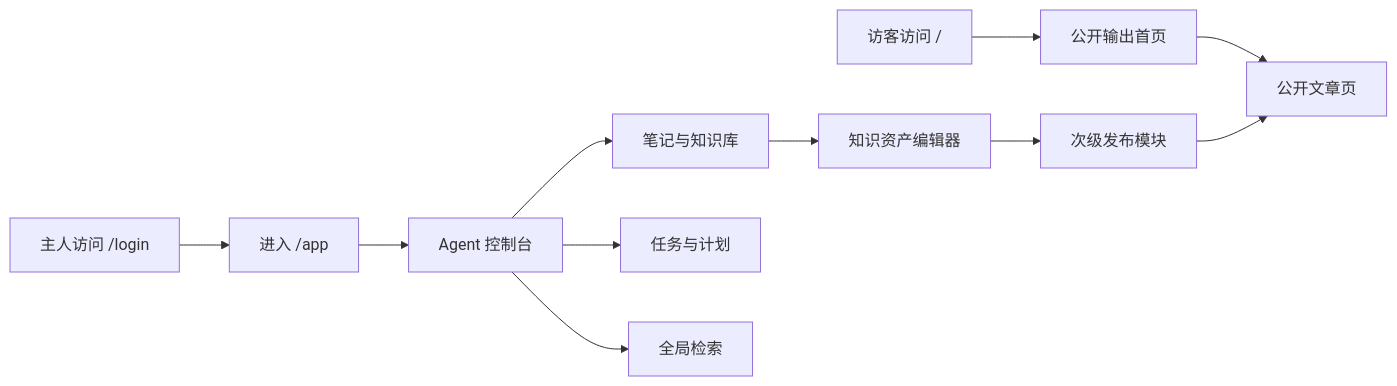
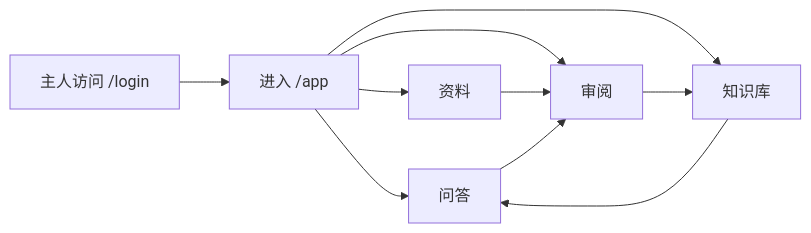
Before and after one commit to rrhww/inkdesk: the second of 2 diagrams in docs/design/information-architecture.md, drawn with Mermaid. The commit also changed other lines of this file and 78 other files, not shown here.

````diff
--- a/docs/design/information-architecture.md
+++ b/docs/design/information-architecture.md
@@ -85,14 +77,12 @@
 ```mermaid
 flowchart LR
-    A["访客访问 /"] --> B["公开输出首页"]
-    B --> C["公开文章页"]
-
-    D["主人访问 /login"] --> E["进入 /app"]
-    E --> F["Agent 控制台"]
-    F --> G["笔记与知识库"]
-    F --> H["任务与计划"]
-    F --> I["全局检索"]
-    G --> J["知识资产编辑器"]
-    J --> K["次级发布模块"]
-    K --> C
+    A["主人访问 /login"] --> B["进入 /app"]
+    B --> C["问答"]
+    B --> D["资料"]
+    B --> E["审阅"]
+    B --> F["知识库"]
+    D --> E
+    E --> F
+    F --> C
+    C --> E
 ```
````
